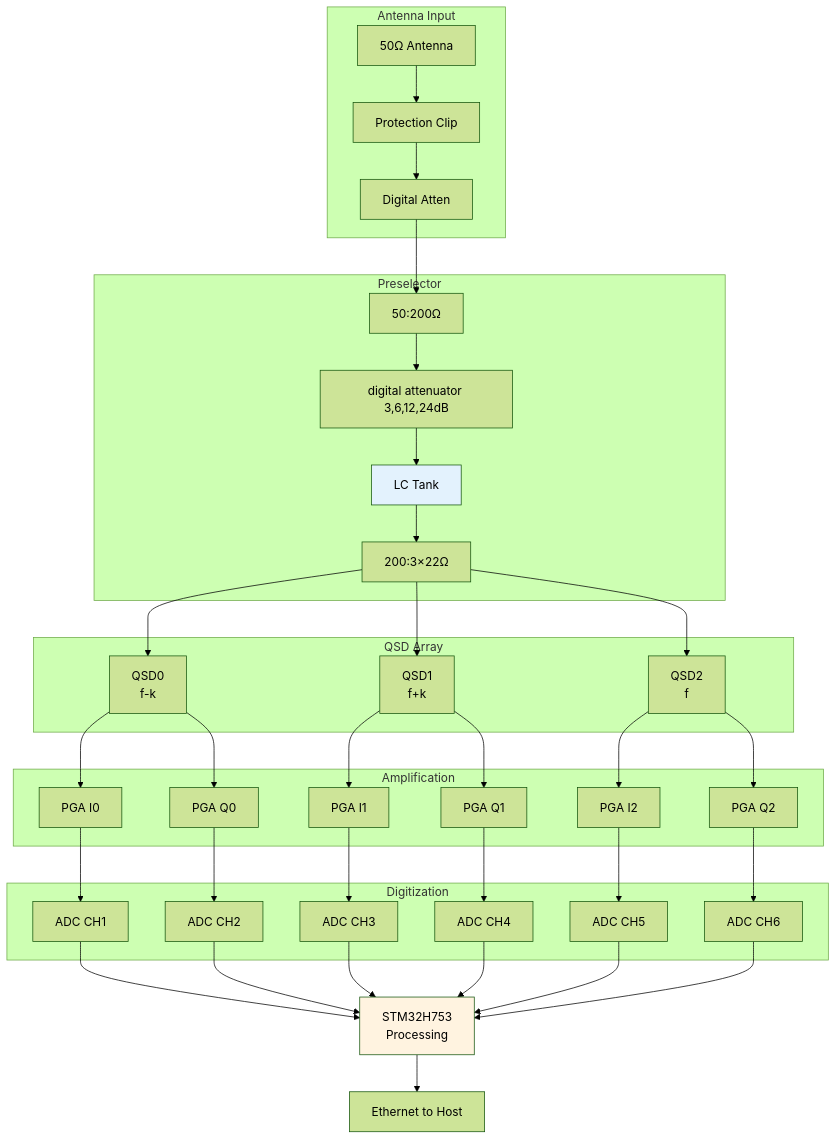
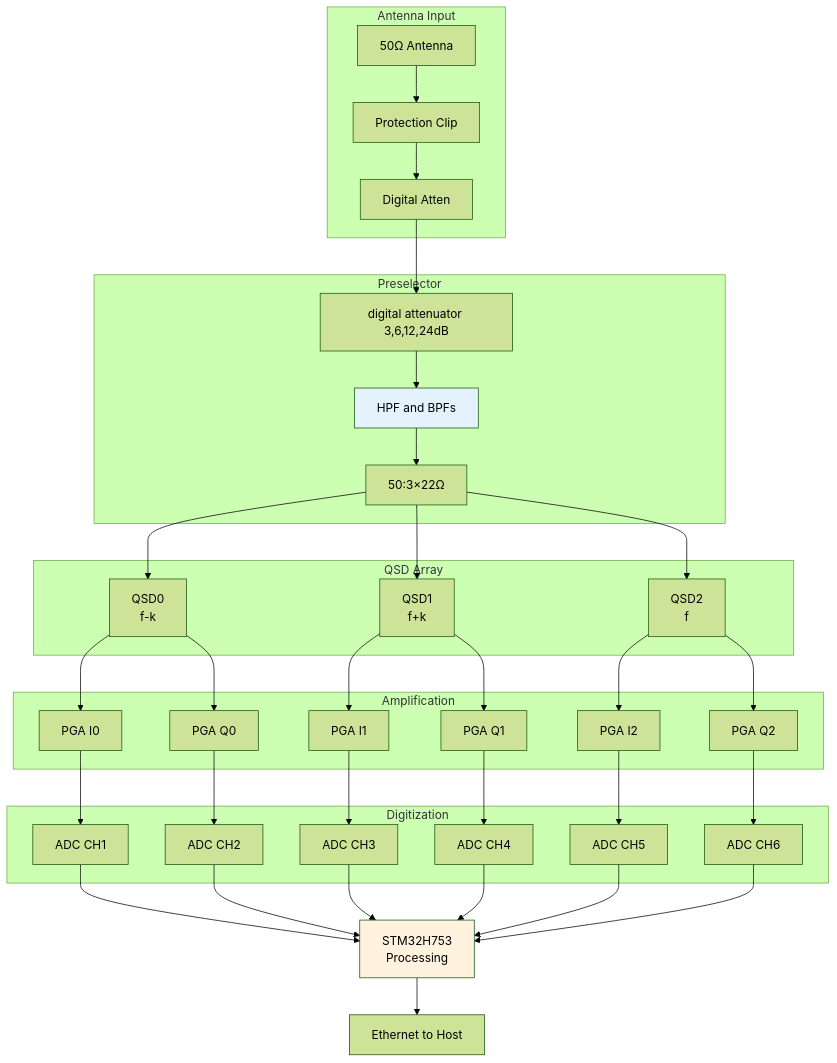
Before and after one commit to alanmimms/NexRx: the second of 2 diagrams in doc/rx-architecture.md, drawn with Mermaid (forest theme). The commit also changed other lines of this file and 2 other files, not shown here.

````diff
--- a/doc/rx-architecture.md
+++ b/doc/rx-architecture.md
@@ -647,50 +520,49 @@
 ```mermaid
 graph TB
     subgraph Antenna Input
         A1[50Ω Antenna] --> A2[Protection Clip]
         A2 --> A3[Digital Atten]
     end
     
     subgraph Preselector
-        A3 --> B0[50:200Ω]
-	    B0 --> B1[digital attenuator 3,6,12,24dB]
-        B1 --> B2[LC Tank]
-        B2 --> B3[200:3×22Ω]
+        A3 --> B1[digital attenuator 3,6,12,24dB]
+        B1 --> B2[HPF and BPFs]
+        B2 --> B3[50:3×22Ω]
     end
     
     subgraph QSD Array
         B3 --> C1[QSD0<br/>f-k]
         B3 --> C2[QSD1<br/>f+k]
         B3 --> C3[QSD2<br/>f]
     end
     
     subgraph Amplification
         C1 --> D1[PGA I0]
         C1 --> D2[PGA Q0]
         C2 --> D3[PGA I1]
         C2 --> D4[PGA Q1]
         C3 --> D5[PGA I2]
         C3 --> D6[PGA Q2]
     end
     
     subgraph Digitization
         D1 --> E1[ADC CH1]
         D2 --> E2[ADC CH2]
         D3 --> E3[ADC CH3]
         D4 --> E4[ADC CH4]
         D5 --> E5[ADC CH5]
         D6 --> E6[ADC CH6]
     end
     
     E1 --> F[STM32H753<br/>Processing]
     E2 --> F
     E3 --> F
     E4 --> F
     E5 --> F
     E6 --> F
     
     F --> G[Ethernet to Host]
     
     style B2 fill:#e3f2fd
     style F fill:#fff3e0
 ```
````
